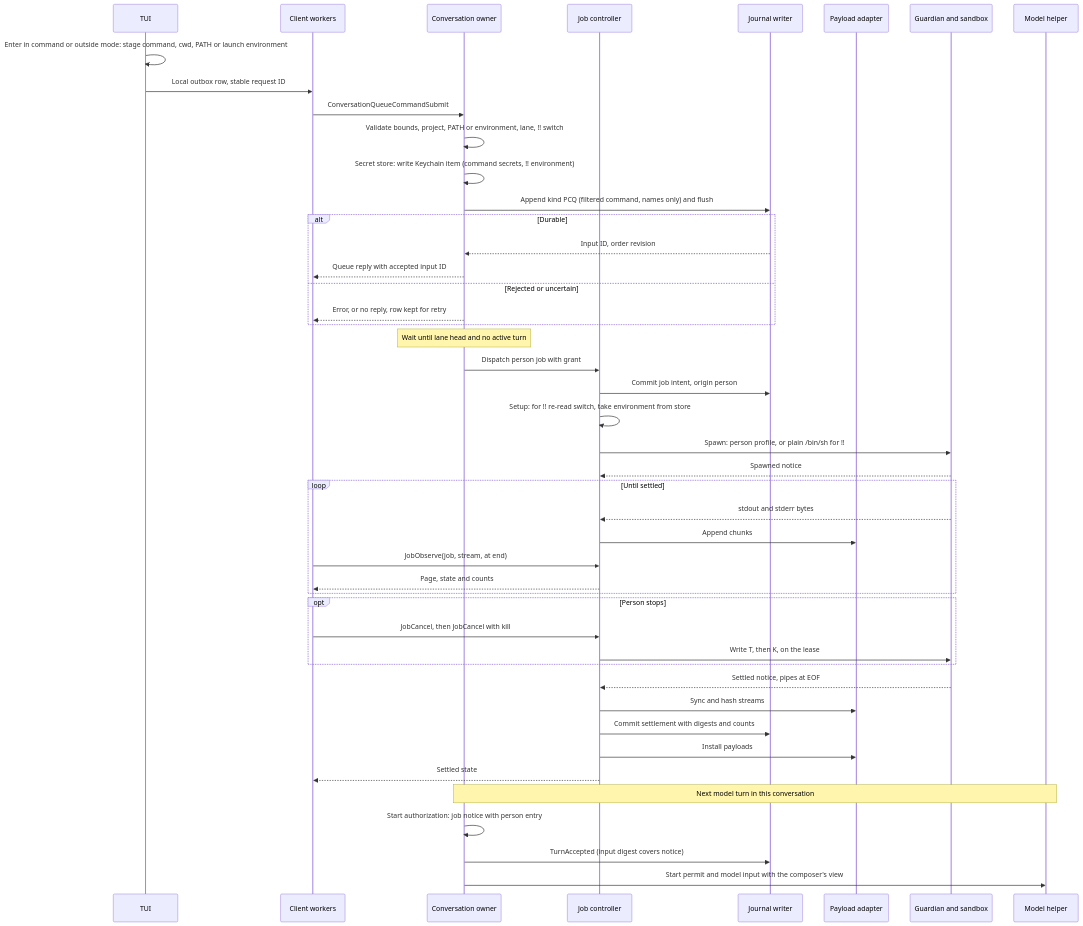
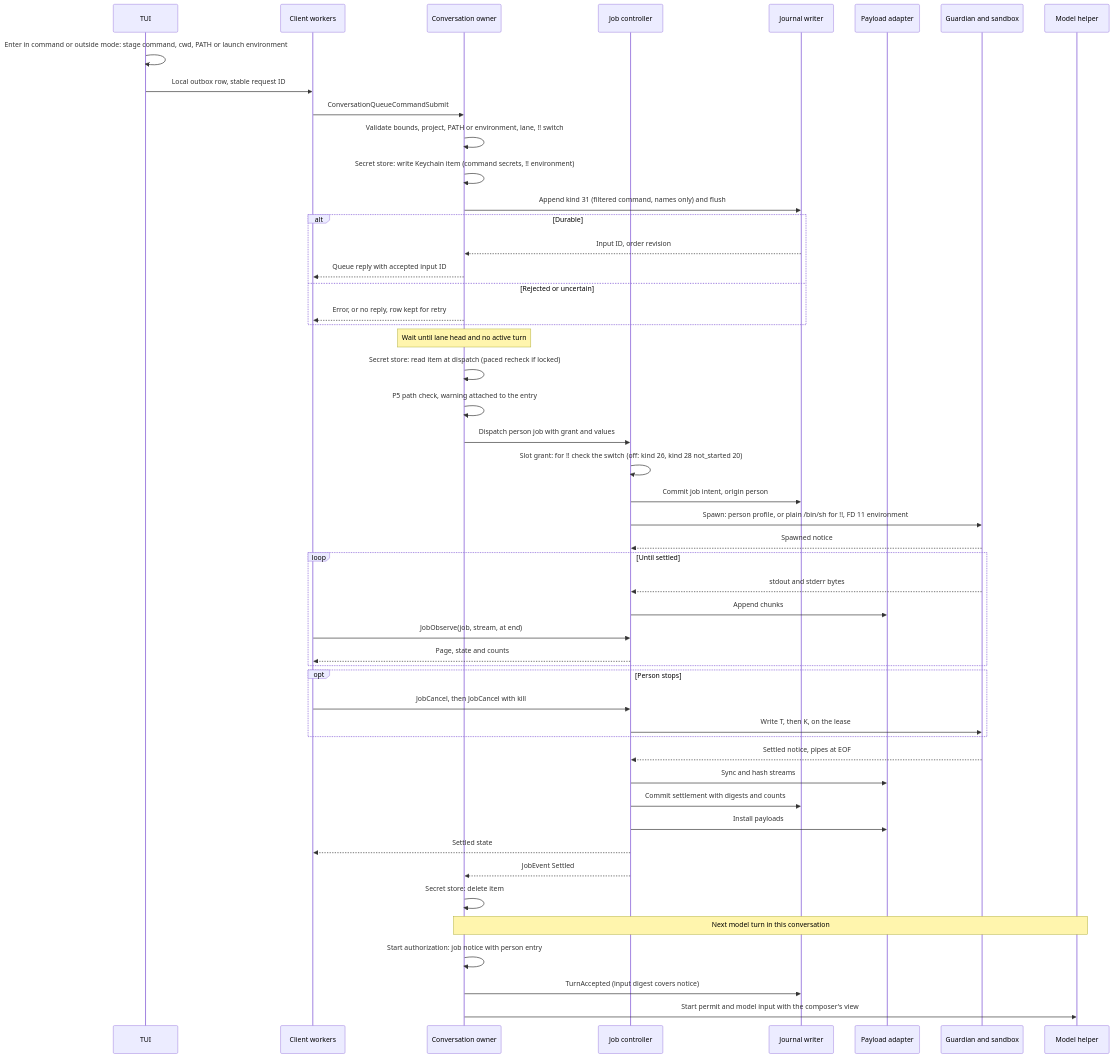
Before and after one commit to pidster/asura: the seventh of 10 diagrams in docs/designs/person-command-mode.md, drawn with Mermaid. The commit also changed other lines of this file and 14 other files, not shown here.

First line of the commit message:
Design person command packets, path guard and Keychain fixes

````diff
--- a/docs/designs/person-command-mode.md
+++ b/docs/designs/person-command-mode.md
@@ -999,48 +1483,52 @@
 ```mermaid
 sequenceDiagram
     participant U as TUI
     participant C as Client workers
     participant S as Conversation owner
     participant K as Job controller
     participant J as Journal writer
     participant P as Payload adapter
     participant G as Guardian and sandbox
     participant M as Model helper
     U->>U: Enter in command or outside mode: stage command, cwd, PATH or launch environment
     U->>C: Local outbox row, stable request ID
     C->>S: ConversationQueueCommandSubmit
     S->>S: Validate bounds, project, PATH or environment, lane, !! switch
     S->>S: Secret store: write Keychain item (command secrets, !! environment)
-    S->>J: Append kind PCQ (filtered command, names only) and flush
+    S->>J: Append kind 31 (filtered command, names only) and flush
     alt Durable
         J-->>S: Input ID, order revision
         S-->>C: Queue reply with accepted input ID
     else Rejected or uncertain
         S-->>C: Error, or no reply, row kept for retry
     end
     Note over S: Wait until lane head and no active turn
-    S->>K: Dispatch person job with grant
+    S->>S: Secret store: read item at dispatch (paced recheck if locked)
+    S->>S: P5 path check, warning attached to the entry
+    S->>K: Dispatch person job with grant and values
+    K->>K: Slot grant: for !! check the switch (off: kind 26, kind 28 not_started 20)
     K->>J: Commit job intent, origin person
-    K->>K: Setup: for !! re-read switch, take environment from store
-    K->>G: Spawn: person profile, or plain /bin/sh for !!
+    K->>G: Spawn: person profile, or plain /bin/sh for !!, FD 11 environment
     G-->>K: Spawned notice
     loop Until settled
         G-->>K: stdout and stderr bytes
         K->>P: Append chunks
         C->>K: JobObserve(job, stream, at end)
         K-->>C: Page, state and counts
     end
     opt Person stops
         C->>K: JobCancel, then JobCancel with kill
         K->>G: Write T, then K, on the lease
     end
     G-->>K: Settled notice, pipes at EOF
     K->>P: Sync and hash streams
     K->>J: Commit settlement with digests and counts
     K->>P: Install payloads
     K-->>C: Settled state
+    K-->>S: JobEvent Settled
+    S->>S: Secret store: delete item
     Note over S,M: Next model turn in this conversation
     S->>S: Start authorization: job notice with person entry
     S->>J: TurnAccepted (input digest covers notice)
     S->>M: Start permit and model input with the composer's view
 ```
````
